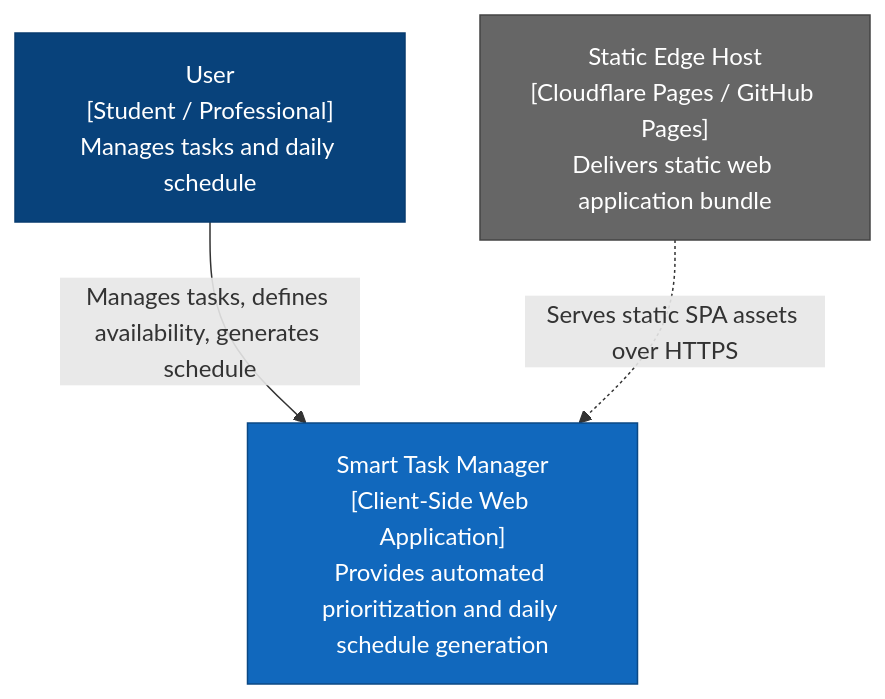
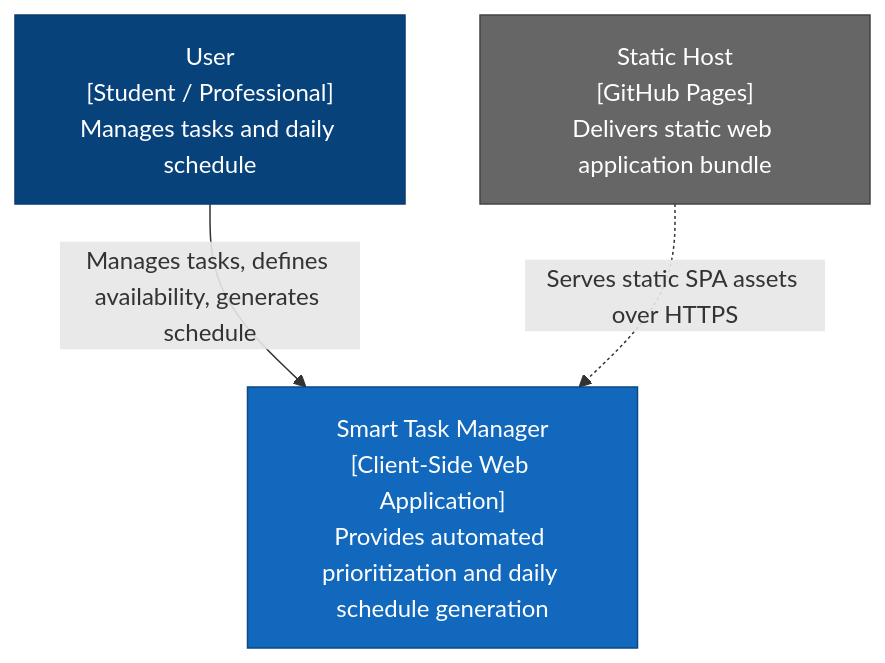
The first of 3 diagrams in docs/architecture.md (JohnnyJoster3223/Paise_ProjektWS26), drawn with Mermaid before and after one commit. The commit also changed other lines of this file and 6 other files, not shown here.

Commit message:
docs(architecture): reduce complexity of documentation

````diff
--- a/docs/architecture.md
+++ b/docs/architecture.md
@@ -146,13 +155,13 @@
 ```mermaid
 flowchart TD
     classDef person fill:#08427B,stroke:#073B6F,color:#fff;
     classDef system fill:#1168BD,stroke:#0B4884,color:#fff;
     classDef external fill:#666666,stroke:#444444,color:#fff;
 
     User["User<br/>[Student / Professional]<br/>Manages tasks and daily schedule"]:::person
     STM["Smart Task Manager<br/>[Client-Side Web Application]<br/>Provides automated prioritization and daily schedule generation"]:::system
-    CDN["Static Edge Host<br/>[Cloudflare Pages / GitHub Pages]<br/>Delivers static web application bundle"]:::external
+    Host["Static Host<br/>[GitHub Pages]<br/>Delivers static web application bundle"]:::external
 
     User -->|"Manages tasks, defines availability, generates schedule"| STM
-    CDN -.->|"Serves static SPA assets over HTTPS"| STM
+    Host -.->|"Serves static SPA assets over HTTPS"| STM
 ```
````
